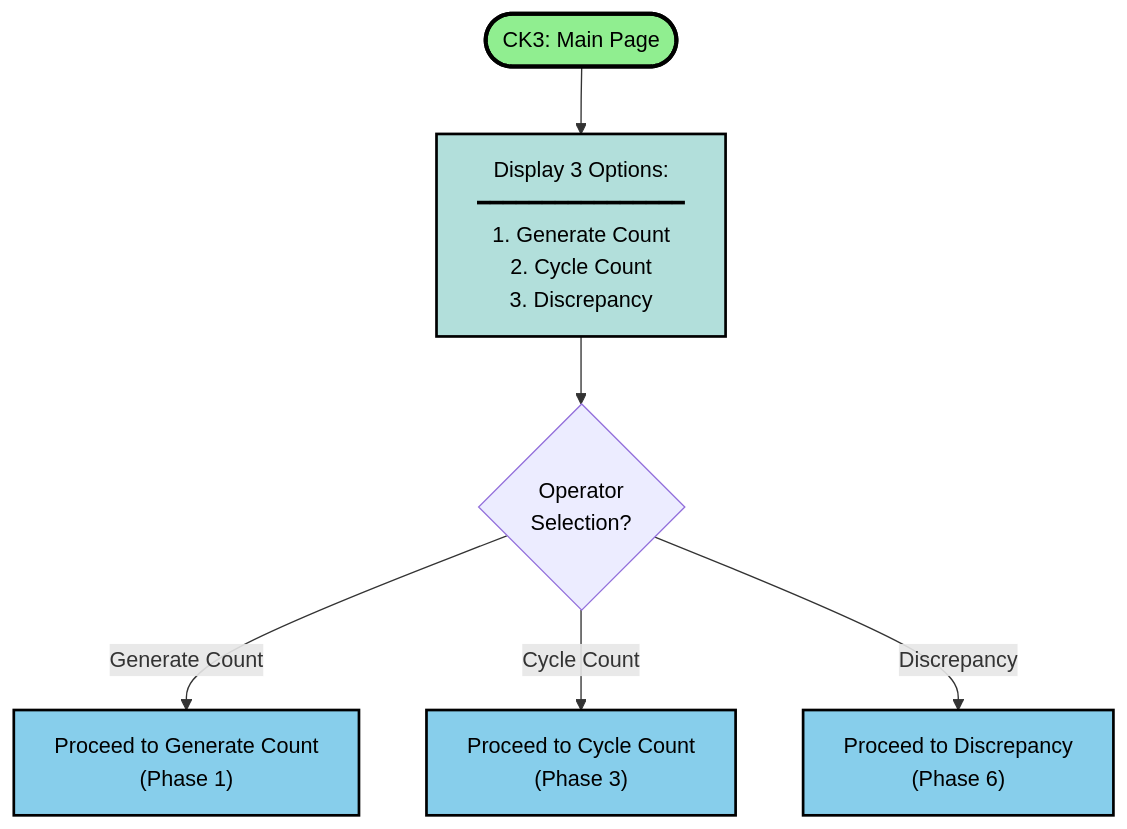
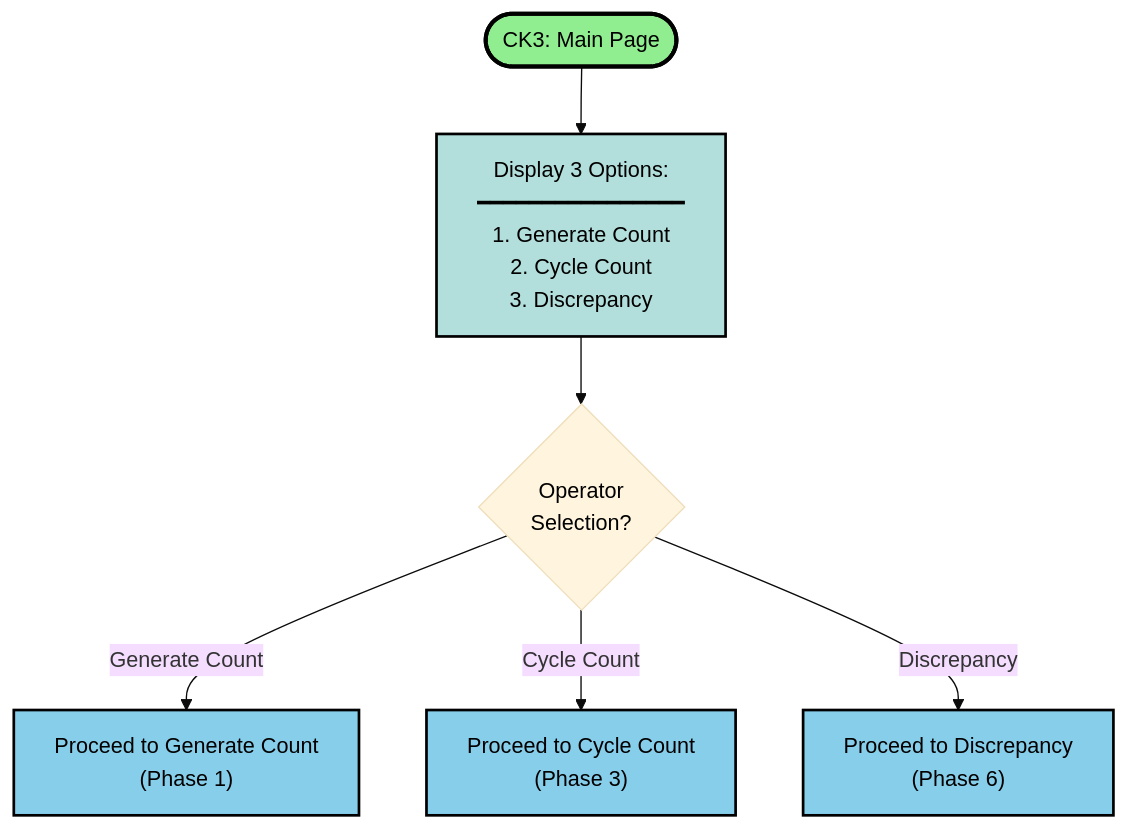
Before and after one commit to kohjs/RMC-Cycle-Count: the first of 11 diagrams in workflow.md, drawn with Mermaid. The commit also changed other lines of this file, not shown here.

Commit message:
theme changes

````diff
--- a/workflow.md
+++ b/workflow.md
@@ -34,19 +35,19 @@
 ```mermaid
- %%{init: {"themeVariables": {"background": "#FFFFFF", "textColor": "#333333"}}}%%
+%%{init: {'theme':'base'}}%%
 flowchart TD
     Start(["CK3: Main Page"]) --> Main["Display 3 Options:<br>━━━━━━━━━━━━━━━━<br>1. Generate Count<br>2. Cycle Count<br>3. Discrepancy"]
     Main --> Choice{"Operator<br>Selection?"}
     Choice -- Generate Count --> Gen["Proceed to Generate Count<br>(Phase 1)"]
     Choice -- Cycle Count --> CC["Proceed to Cycle Count<br>(Phase 3)"]
     Choice -- Discrepancy --> DR["Proceed to Discrepancy<br>(Phase 6)"]
 
     style Start fill:#90EE90,stroke:#000,stroke-width:3px,color:#000
     style Main fill:#B2DFDB,stroke:#000,stroke-width:2px,color:#000
     style Choice color:#000
     style Gen fill:#87CEEB,stroke:#000,stroke-width:2px,color:#000
     style CC fill:#87CEEB,stroke:#000,stroke-width:2px,color:#000
     style DR fill:#87CEEB,stroke:#000,stroke-width:2px,color:#000
 
 
 
 ```
````
